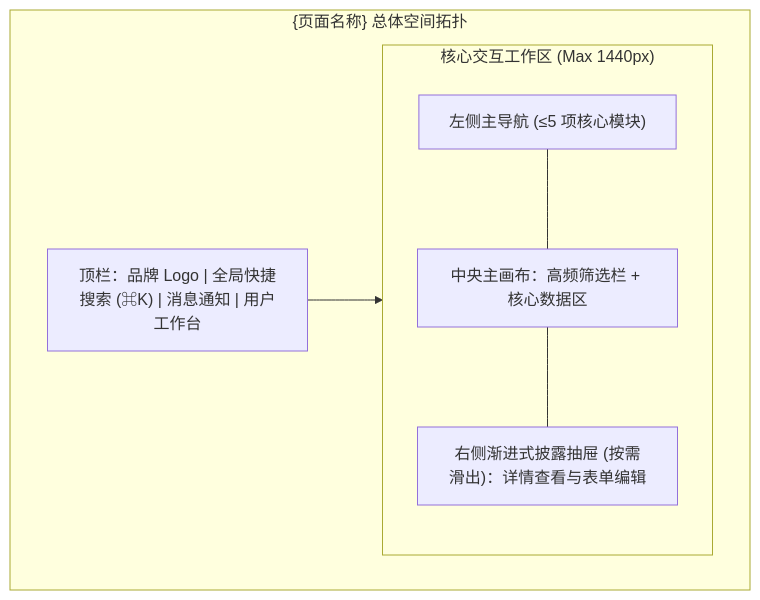
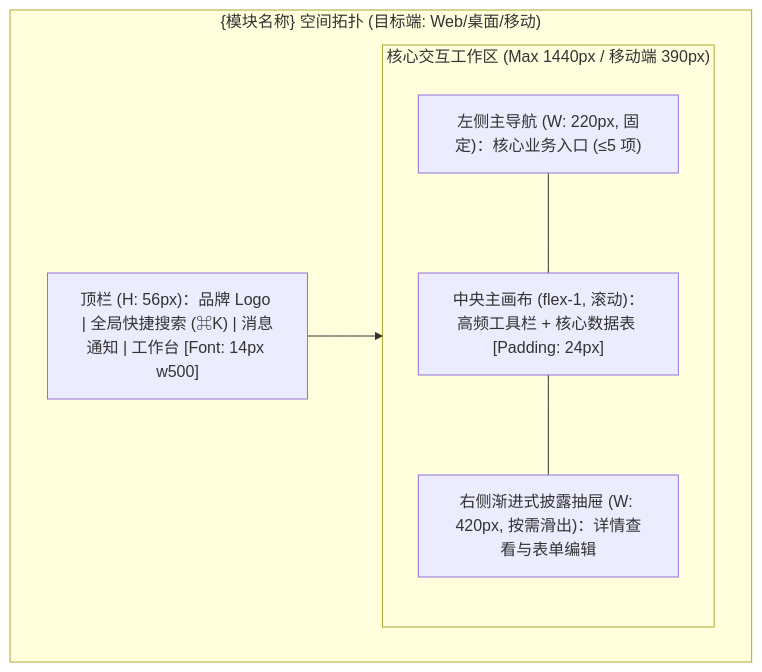
The first of 5 diagrams in resources/templates/product_design/prototype_template.md (zhaoxuan-inside/hs-dev-skill), drawn with Mermaid before and after one commit. The commit also changed other lines of this file and 6 other files, not shown here.

````diff
--- a/resources/templates/product_design/prototype_template.md
+++ b/resources/templates/product_design/prototype_template.md
@@ -100,13 +105,13 @@
 ```mermaid
 flowchart TB
-  subgraph PageShell["{页面名称} 总体空间拓扑"]
-    Header["顶栏：品牌 Logo | 全局快捷搜索 (⌘K) | 消息通知 | 用户工作台"]
-    subgraph BodyArea["核心交互工作区 (Max 1440px)"]
-      Sidebar["左侧主导航 (≤5 项核心模块)"]
-      MainContent["中央主画布：高频筛选栏 + 核心数据区"]
-      SideInspector["右侧渐进式披露抽屉 (按需滑出)：详情查看与表单编辑"]
+  subgraph PageShell["{模块名称} 空间拓扑 (目标端: Web/桌面/移动)"]
+    Header["顶栏 (H: 56px)：品牌 Logo | 全局快捷搜索 (⌘K) | 消息通知 | 工作台 [Font: 14px w500]"]
+    subgraph BodyArea["核心交互工作区 (Max 1440px / 移动端 390px)"]
+      Sidebar["左侧主导航 (W: 220px, 固定)：核心业务入口 (≤5 项)"]
+      MainContent["中央主画布 (flex-1, 滚动)：高频工具栏 + 核心数据表 [Padding: 24px]"]
+      SideInspector["右侧渐进式披露抽屉 (W: 420px, 按需滑出)：详情查看与表单编辑"]
     end
     Header --> BodyArea
     Sidebar --- MainContent --- SideInspector
   end
 ```
````
